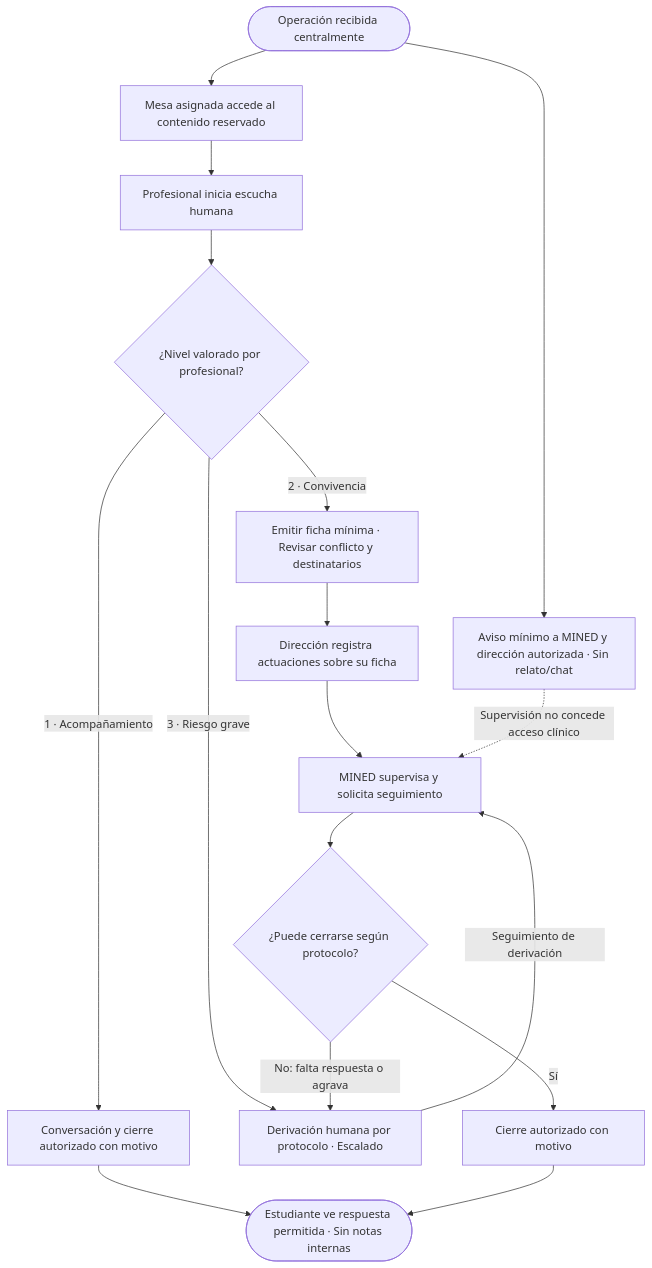
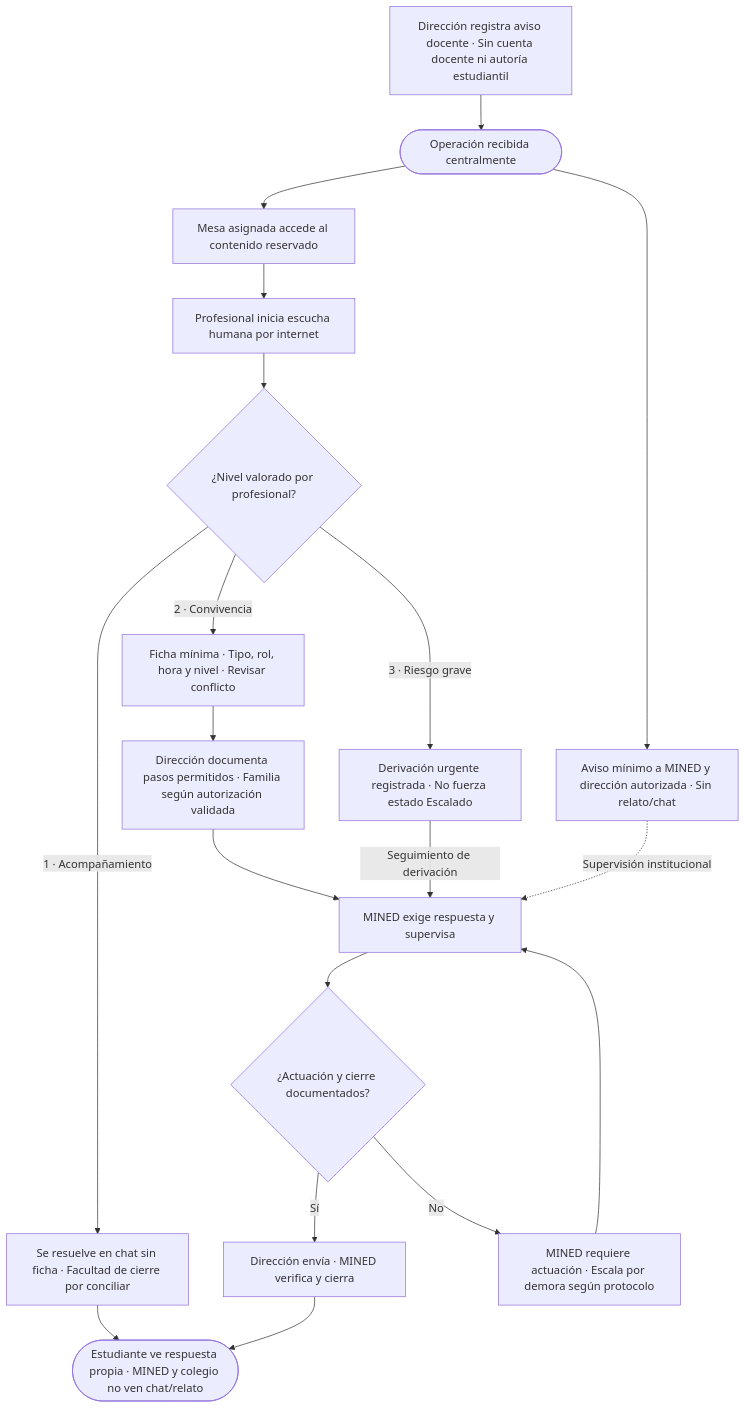
Before and after one commit to JaBaca67/Setu-Unicef-Bugnuelitos-UAM: the diagram in docs/diseno/flujos/04-personal.mmd, drawn with Mermaid. The commit also changed 13 other files, not shown here.

```diff
--- a/docs/diseno/flujos/04-personal.mmd
+++ b/docs/diseno/flujos/04-personal.mmd
@@ -1,17 +1,19 @@
 flowchart TD
+    T["Dirección registra aviso docente · Sin cuenta docente ni autoría estudiantil"] --> A
     A(["Operación recibida centralmente"]) --> B["Aviso mínimo a MINED y dirección autorizada · Sin relato/chat"]
     A --> C["Mesa asignada accede al contenido reservado"]
-    C --> D["Profesional inicia escucha humana"]
+    C --> D["Profesional inicia escucha humana por internet"]
     D --> E{"¿Nivel valorado por profesional?"}
-    E -->|"1 · Acompañamiento"| F["Conversación y cierre autorizado con motivo"]
-    E -->|"2 · Convivencia"| G["Emitir ficha mínima · Revisar conflicto y destinatarios"]
-    E -->|"3 · Riesgo grave"| H["Derivación humana por protocolo · Escalado"]
-    G --> I["Dirección registra actuaciones sobre su ficha"]
-    I --> J["MINED supervisa y solicita seguimiento"]
-    J --> K{"¿Puede cerrarse según protocolo?"}
-    K -->|"Sí"| L["Cierre autorizado con motivo"]
-    K -->|"No: falta respuesta o agrava"| H
+    E -->|"1 · Acompañamiento"| F["Se resuelve en chat sin ficha · Facultad de cierre por conciliar"]
+    E -->|"2 · Convivencia"| G["Ficha mínima · Tipo, rol, hora y nivel · Revisar conflicto"]
+    E -->|"3 · Riesgo grave"| H["Derivación urgente registrada · No fuerza estado Escalado"]
+    G --> I["Dirección documenta pasos permitidos · Familia según autorización validada"]
+    I --> J["MINED exige respuesta y supervisa"]
+    J --> K{"¿Actuación y cierre documentados?"}
+    K -->|"Sí"| L["Dirección envía · MINED verifica y cierra"]
+    K -->|"No"| N["MINED requiere actuación · Escala por demora según protocolo"]
+    N --> J
     H -->|"Seguimiento de derivación"| J
-    F --> M(["Estudiante ve respuesta permitida · Sin notas internas"])
+    F --> M(["Estudiante ve respuesta propia · MINED y colegio no ven chat/relato"])
     L --> M
-    B -.->|"Supervisión no concede acceso clínico"| J
+    B -.->|"Supervisión institucional"| J
```
